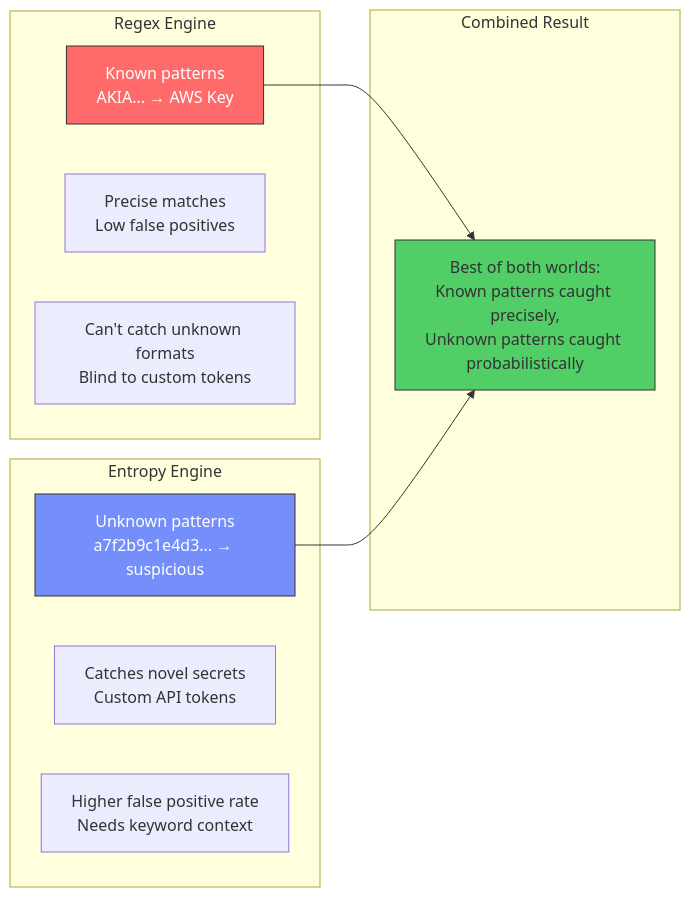
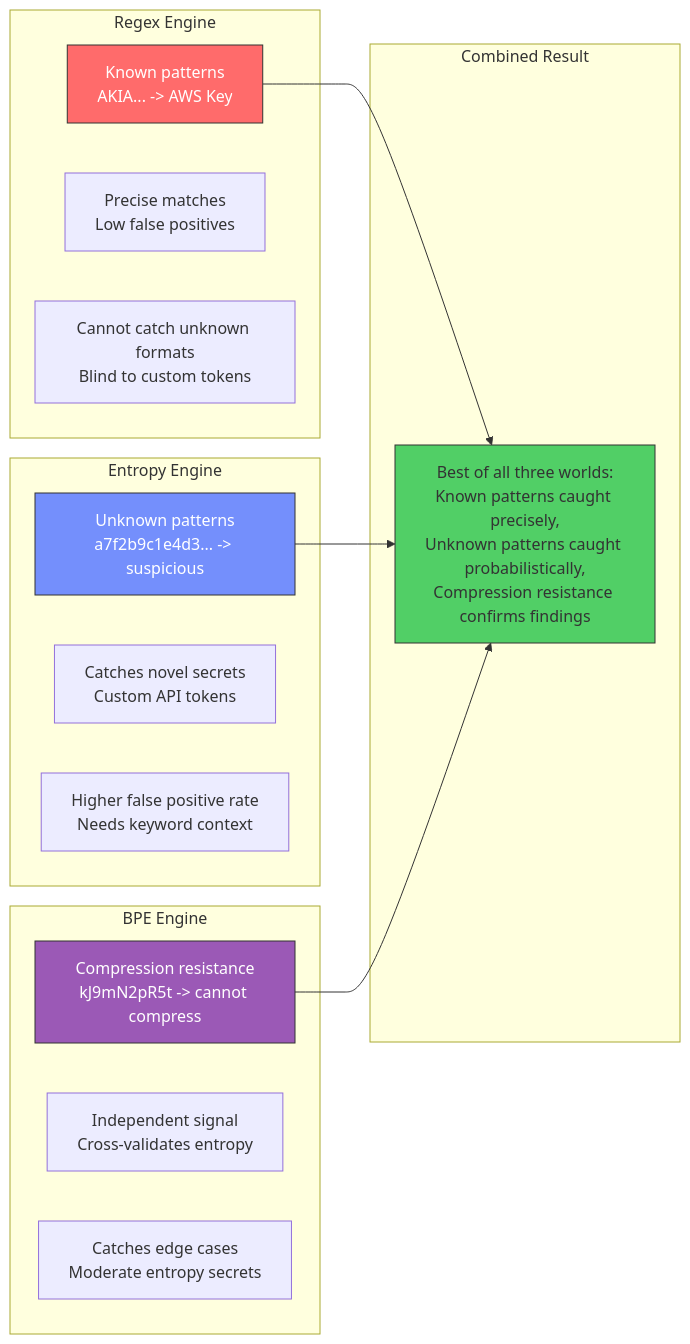
Before and after one commit to svemulapati/CredVigil: diagram 14 of 60 in docs/training/00-System-Design.md, drawn with Mermaid. The commit also changed other lines of this file and 8 other files, not shown here.

````diff
--- a/docs/training/00-System-Design.md
+++ b/docs/training/00-System-Design.md
@@ -786,24 +789,31 @@
 ```mermaid
 graph LR
     subgraph "Regex Engine"
-        R1["Known patterns<br/>AKIA... → AWS Key"]
+        R1["Known patterns<br/>AKIA... -> AWS Key"]
         R2["Precise matches<br/>Low false positives"]
-        R3["Can't catch unknown formats<br/>Blind to custom tokens"]
+        R3["Cannot catch unknown formats<br/>Blind to custom tokens"]
     end
 
     subgraph "Entropy Engine"
-        E1["Unknown patterns<br/>a7f2b9c1e4d3... → suspicious"]
+        E1["Unknown patterns<br/>a7f2b9c1e4d3... -> suspicious"]
         E2["Catches novel secrets<br/>Custom API tokens"]
         E3["Higher false positive rate<br/>Needs keyword context"]
     end
 
-    subgraph "Combined Result"
-        C1["Best of both worlds:<br/>Known patterns caught precisely,<br/>Unknown patterns caught probabilistically"]
+    subgraph "BPE Engine"
+        B1["Compression resistance<br/>kJ9mN2pR5t -> cannot compress"]
+        B2["Independent signal<br/>Cross-validates entropy"]
+        B3["Catches edge cases<br/>Moderate entropy secrets"]
     end
 
-    R1 & E1 --> C1
+    subgraph "Combined Result"
+        C1["Best of all three worlds:<br/>Known patterns caught precisely,<br/>Unknown patterns caught probabilistically,<br/>Compression resistance confirms findings"]
+    end
+
+    R1 & E1 & B1 --> C1
 
     style R1 fill:#ff6b6b,stroke:#333,color:#fff
     style E1 fill:#748ffc,stroke:#333,color:#fff
+    style B1 fill:#9b59b6,stroke:#333,color:#fff
     style C1 fill:#51cf66,stroke:#333
 ```
````
